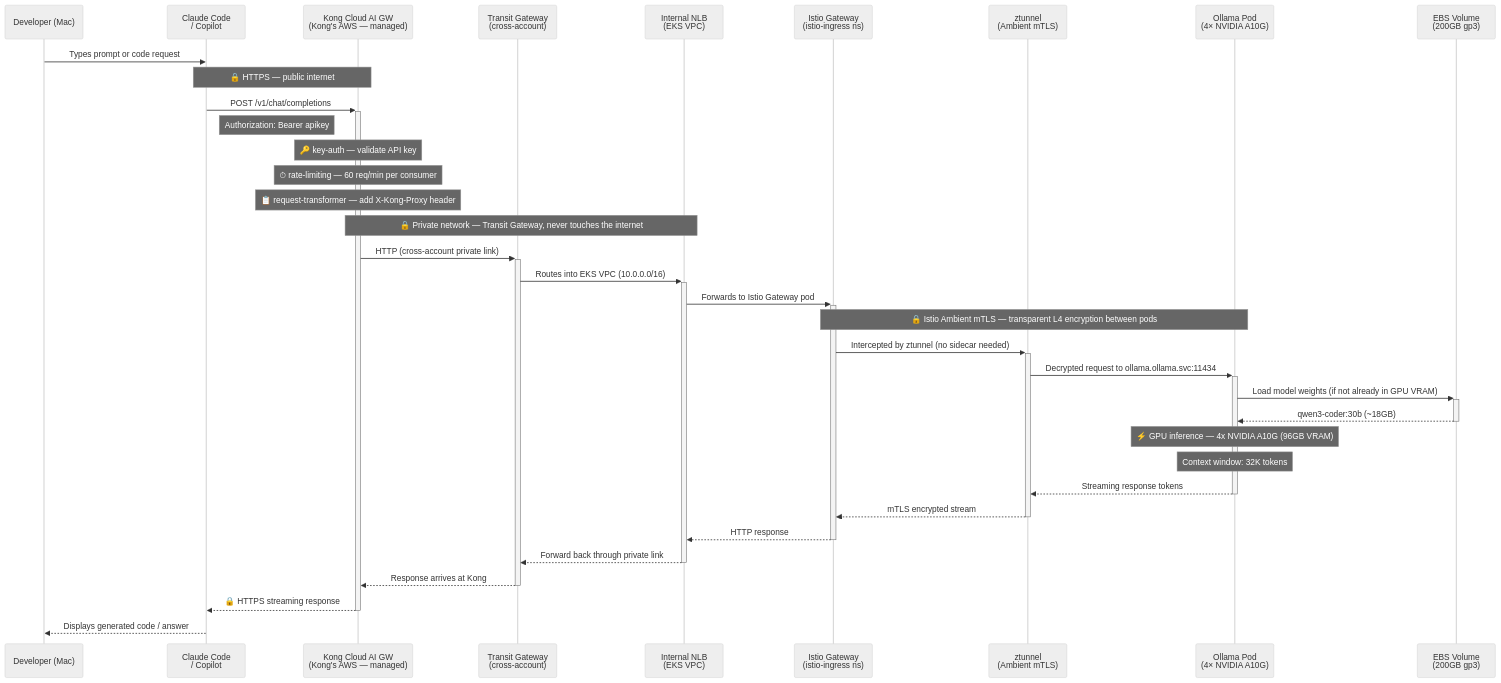
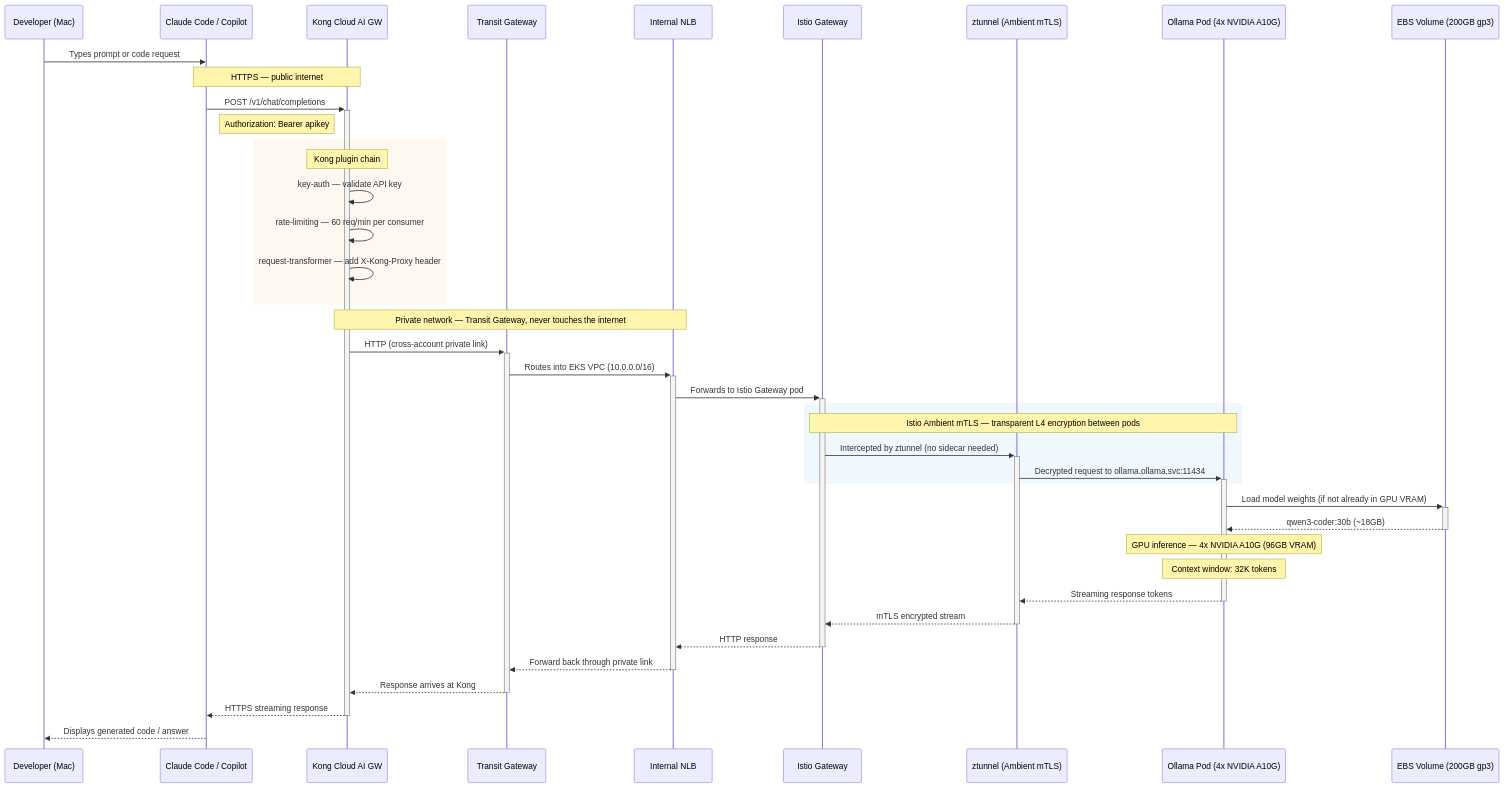
One commit to shanaka-versent/Ollama-on-EKS changed the first of 4 diagrams in README.md. Above: the diagram before and after it, drawn with Mermaid. The commit also changed other lines of this file, not shown here.

Commit message:
docs: consolidate ArgoCD into dedicated section, match munchgo diagram style

````diff
--- a/README.md
+++ b/README.md
@@ -34,46 +34,50 @@
 ```mermaid
-%%{init: {'theme': 'neutral', 'themeVariables': {'primaryColor': '#ECECFF', 'primaryBorderColor': '#9370DB', 'lineColor': '#666', 'secondaryColor': '#ffffde'}}}%%
 sequenceDiagram
     participant Dev as Developer (Mac)
-    participant CC as Claude Code<br/>/ Copilot
-    participant Kong as Kong Cloud AI GW<br/>(Kong's AWS — managed)
-    participant TGW as Transit Gateway<br/>(cross-account)
-    participant NLB as Internal NLB<br/>(EKS VPC)
-    participant IGW as Istio Gateway<br/>(istio-ingress ns)
-    participant ZT as ztunnel<br/>(Ambient mTLS)
-    participant OLM as Ollama Pod<br/>(4× NVIDIA A10G)
-    participant EBS as EBS Volume<br/>(200GB gp3)
+    participant CC as Claude Code / Copilot
+    participant Kong as Kong Cloud AI GW
+    participant TGW as Transit Gateway
+    participant NLB as Internal NLB
+    participant IGW as Istio Gateway
+    participant ZT as ztunnel (Ambient mTLS)
+    participant OLM as Ollama Pod (4x NVIDIA A10G)
+    participant EBS as EBS Volume (200GB gp3)
 
     Dev->>CC: Types prompt or code request
 
-    Note over CC,Kong: 🔒 HTTPS — public internet
+    Note over CC,Kong: HTTPS — public internet
     CC->>+Kong: POST /v1/chat/completions
     Note right of CC: Authorization: Bearer apikey
 
-    Note over Kong: 🔑 key-auth — validate API key
-    Note over Kong: ⏱ rate-limiting — 60 req/min per consumer
-    Note over Kong: 📋 request-transformer — add X-Kong-Proxy header
+    rect rgb(255, 248, 240)
+        Note over Kong: Kong plugin chain
+        Kong->>Kong: key-auth — validate API key
+        Kong->>Kong: rate-limiting — 60 req/min per consumer
+        Kong->>Kong: request-transformer — add X-Kong-Proxy header
+    end
 
-    Note over Kong,NLB: 🔒 Private network — Transit Gateway, never touches the internet
+    Note over Kong,NLB: Private network — Transit Gateway, never touches the internet
     Kong->>+TGW: HTTP (cross-account private link)
     TGW->>+NLB: Routes into EKS VPC (10.0.0.0/16)
     NLB->>+IGW: Forwards to Istio Gateway pod
 
-    Note over IGW,OLM: 🔒 Istio Ambient mTLS — transparent L4 encryption between pods
-    IGW->>+ZT: Intercepted by ztunnel (no sidecar needed)
-    ZT->>+OLM: Decrypted request to ollama.ollama.svc:11434
+    rect rgb(240, 248, 255)
+        Note over IGW,OLM: Istio Ambient mTLS — transparent L4 encryption between pods
+        IGW->>+ZT: Intercepted by ztunnel (no sidecar needed)
+        ZT->>+OLM: Decrypted request to ollama.ollama.svc:11434
+    end
 
     OLM->>+EBS: Load model weights (if not already in GPU VRAM)
     EBS-->>-OLM: qwen3-coder:30b (~18GB)
 
-    Note over OLM: ⚡ GPU inference — 4x NVIDIA A10G (96GB VRAM)
+    Note over OLM: GPU inference — 4x NVIDIA A10G (96GB VRAM)
     Note over OLM: Context window: 32K tokens
 
     OLM-->>-ZT: Streaming response tokens
     ZT-->>-IGW: mTLS encrypted stream
     IGW-->>-NLB: HTTP response
     NLB-->>-TGW: Forward back through private link
     TGW-->>-Kong: Response arrives at Kong
-    Kong-->>-CC: 🔒 HTTPS streaming response
+    Kong-->>-CC: HTTPS streaming response
     CC-->>Dev: Displays generated code / answer
 ```
````
